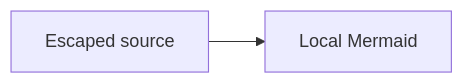
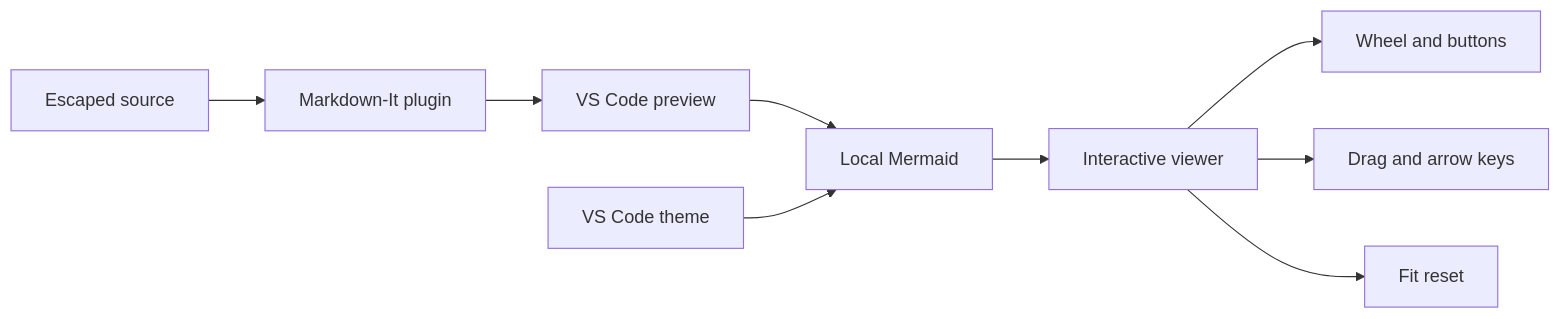
One commit to jimeh/vscode-better-markdown-preview changed the first of 2 diagrams in test/fixtures/kitchen-sink.md. Above: the diagram before and after it, drawn with Mermaid. The commit also changed 7 other files, not shown here.

Commit message:
feat: add interactive Mermaid viewer (#4)

````diff
--- a/test/fixtures/kitchen-sink.md
+++ b/test/fixtures/kitchen-sink.md
@@ -64,4 +64,11 @@
 ```mermaid
 flowchart LR
-  Source[Escaped source] --> Rendered[Local Mermaid]
+  Source[Escaped source] --> Parser[Markdown-It plugin]
+  Parser --> Preview[VS Code preview]
+  Preview --> Rendered[Local Mermaid]
+  Rendered --> Viewer[Interactive viewer]
+  Viewer --> Zoom[Wheel and buttons]
+  Viewer --> Pan[Drag and arrow keys]
+  Viewer --> Fit[Fit reset]
+  Theme[VS Code theme] --> Rendered
 ```
````
